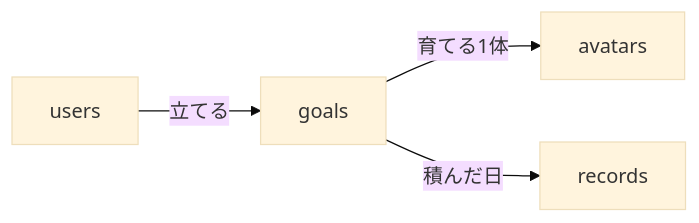
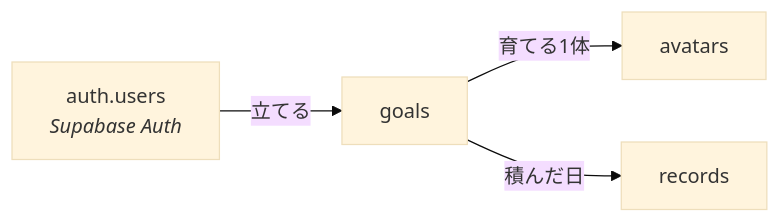
Before and after one commit to kuramochi703/keep-motivation-app: the sixth of 6 diagrams in ARCHITECTURE.md, drawn with Mermaid (base theme). The commit also changed other lines of this file and 3 other files, not shown here.

````diff
--- a/ARCHITECTURE.md
+++ b/ARCHITECTURE.md
@@ -260,6 +273,6 @@
 ```mermaid
 flowchart LR
-    U["users"] -->|立てる| G["goals"]
+    U["auth.users<br/><i>Supabase Auth</i>"] -->|立てる| G["goals"]
     G -->|育てる1体| A["avatars"]
     G -->|積んだ日| R["records"]
 ```
````
